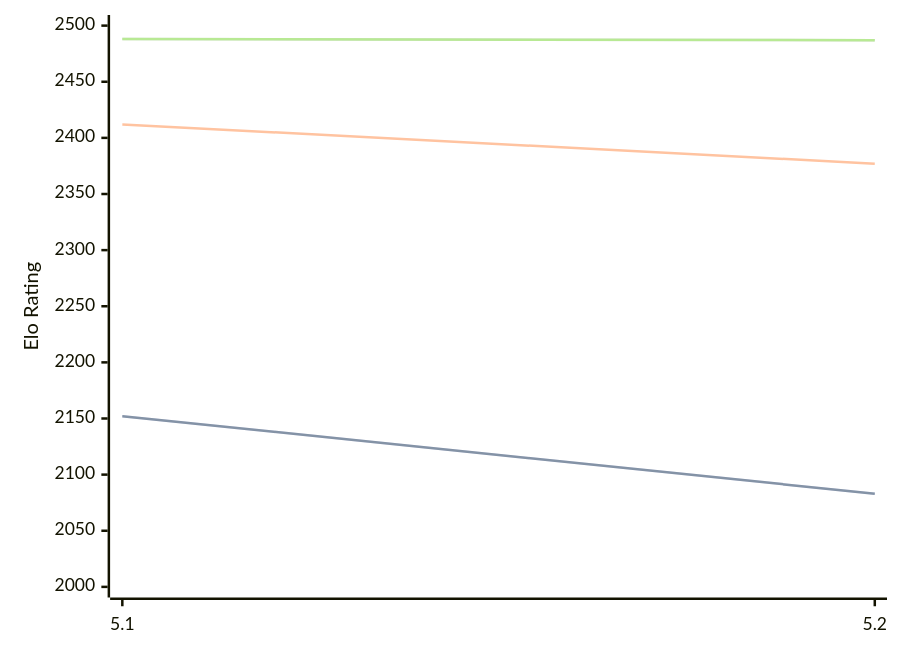
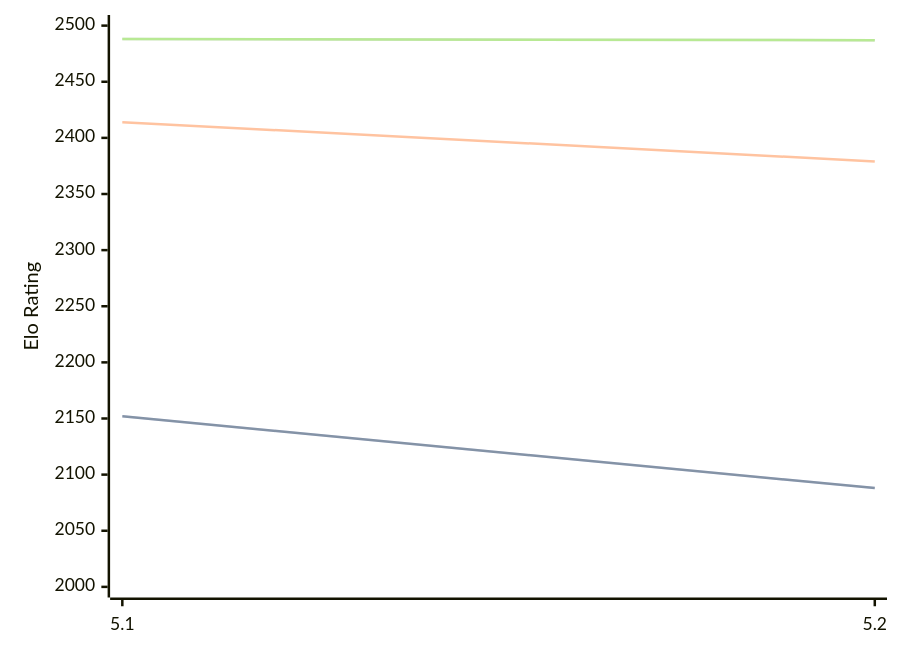
Before and after one commit to computer-chess-index/cci: the diagram in engines/Prophet.md, drawn with Mermaid. The commit also changed other lines of this file, not shown here.

````diff
--- a/engines/Prophet.md
+++ b/engines/Prophet.md
@@ -38,11 +38,11 @@
 ```mermaid
 %%{init: {"theme":"base","themeVariables":{"seriesColors:['#a3a3a3','#222221','#faa371']}}}%%
 xychart-beta
   x-axis ["5.1", "5.2"]
   y-axis "Elo Rating" 2000 --> 2500
-  line "STC (8.0+0.08s)" [2152, 2083]
-  line "STC (8.0+0.08s)" [2152, 2083]
-  line "LTC (60.0+0.60s)" [2412, 2377]
+  line "STC (8.0+0.08s)" [2152, 2088]
+  line "STC (8.0+0.08s)" [2152, 2088]
+  line "LTC (60.0+0.60s)" [2414, 2379]
   line "VLTC (2m24s+1.12s)" [2488, 2487]
   line "VLTC (2m24s+1.12s)" [2488, 2487]
 ```
````
